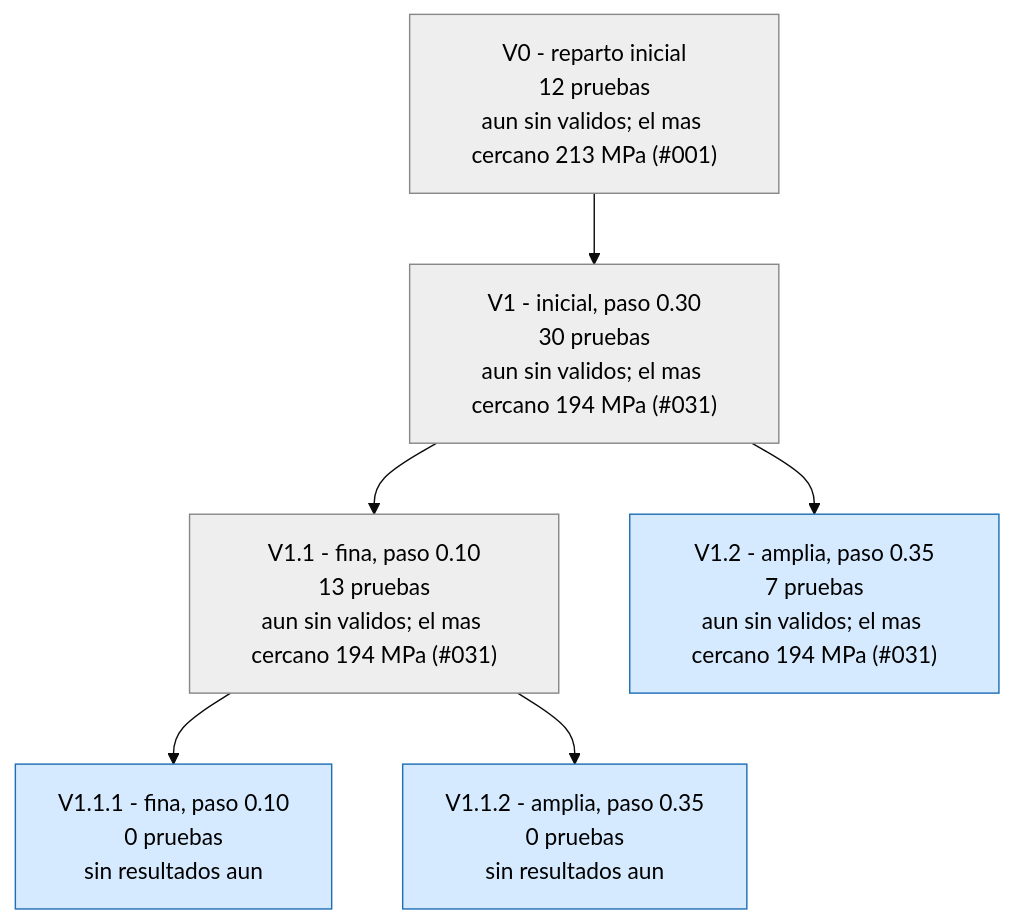
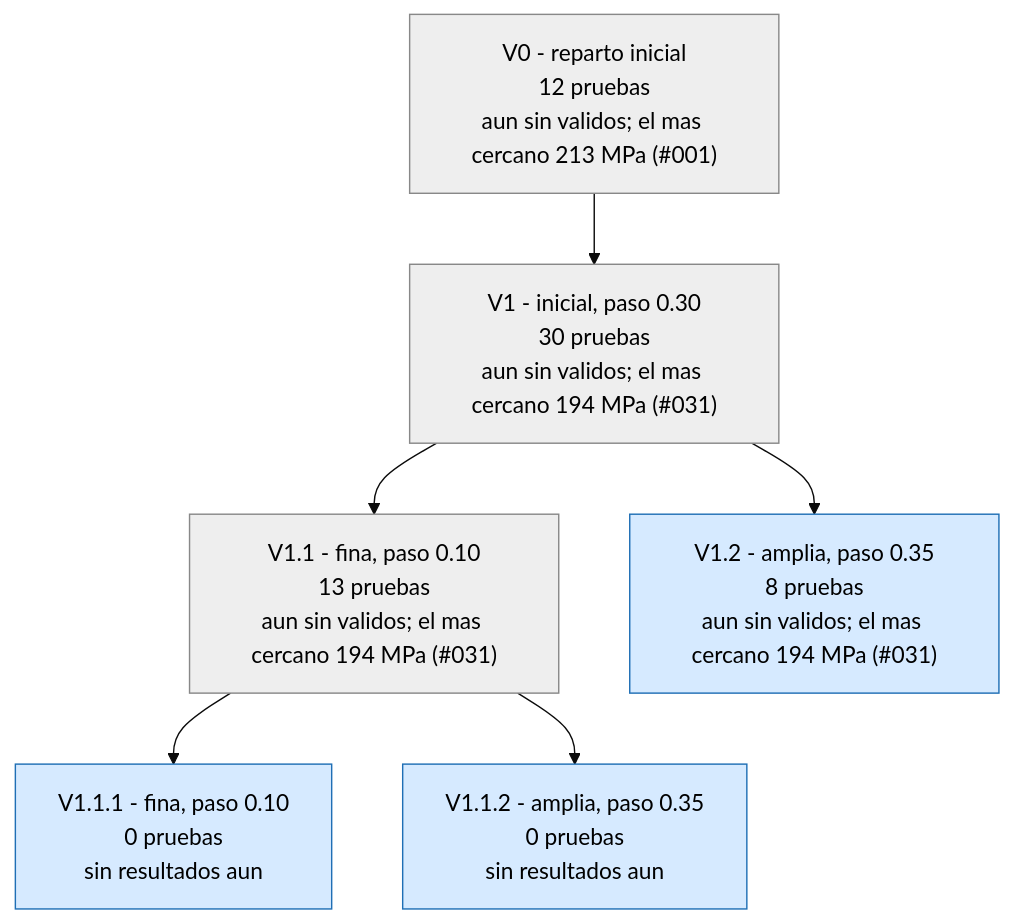
The first of 3 diagrams in runs/opt_37800N/ARBOL.md (Hugiko/msd-soporte-optimizacion), drawn with Mermaid (base theme) before and after one commit. The commit also changed 19 other files, not shown here.

````diff
--- a/runs/opt_37800N/ARBOL.md
+++ b/runs/opt_37800N/ARBOL.md
@@ -9,17 +9,17 @@
 ```mermaid
 graph TD
 classDef activa fill:#d6eaff,stroke:#1f6fb5,color:#000
 classDef fin fill:#eeeeee,stroke:#888,color:#000
 classDef mejor fill:#c8f0c0,stroke:#1a9850,stroke-width:4px,color:#000
 V0["V0 - reparto inicial<br/>12 pruebas<br/>aun sin validos; el mas cercano 213 MPa (#001)"]:::fin
 V1["V1 - inicial, paso 0.30<br/>30 pruebas<br/>aun sin validos; el mas cercano 194 MPa (#031)"]:::fin
 V0 --> V1
 V1_1["V1.1 - fina, paso 0.10<br/>13 pruebas<br/>aun sin validos; el mas cercano 194 MPa (#031)"]:::fin
 V1 --> V1_1
-V1_2["V1.2 - amplia, paso 0.35<br/>7 pruebas<br/>aun sin validos; el mas cercano 194 MPa (#031)"]:::activa
+V1_2["V1.2 - amplia, paso 0.35<br/>8 pruebas<br/>aun sin validos; el mas cercano 194 MPa (#031)"]:::activa
 V1 --> V1_2
 V1_1_1["V1.1.1 - fina, paso 0.10<br/>0 pruebas<br/>sin resultados aun"]:::activa
 V1_1 --> V1_1_1
 V1_1_2["V1.1.2 - amplia, paso 0.35<br/>0 pruebas<br/>sin resultados aun"]:::activa
 V1_1 --> V1_1_2
 ```
````
